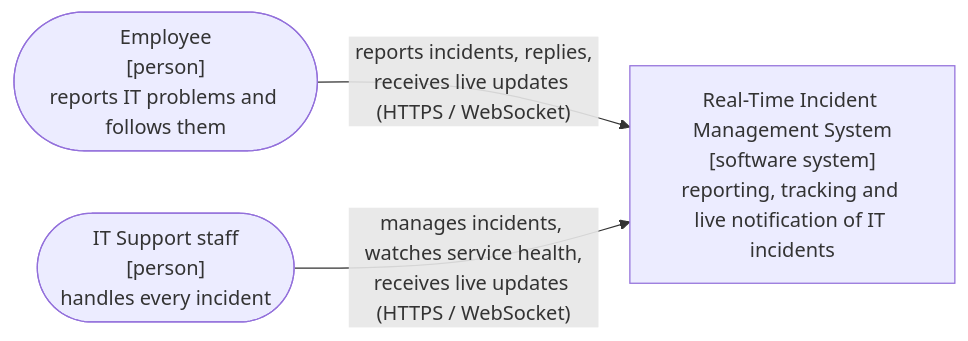
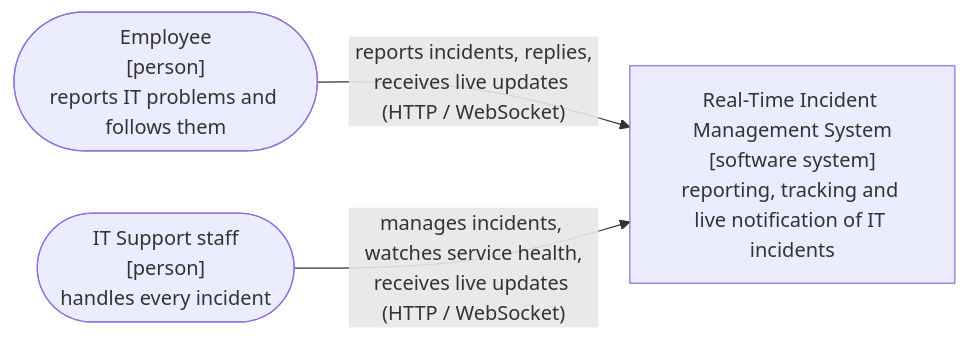
One commit to merictopal/incident-management-system changed the diagram in project/docs/diagrams/00-c4-context.mmd. Above: the diagram before and after it, drawn with Mermaid. The commit also changed 3 other files, not shown here.

Commit message:
Docs: name the view of the index diagram, use HTTP in the context view

```diff
--- a/project/docs/diagrams/00-c4-context.mmd
+++ b/project/docs/diagrams/00-c4-context.mmd
@@ -1,7 +1,7 @@
 flowchart LR
     employee(["Employee<br/>[person]<br/>reports IT problems and follows them"])
     it(["IT Support staff<br/>[person]<br/>handles every incident"])
     system["Real-Time Incident Management System<br/>[software system]<br/>reporting, tracking and live notification of IT incidents"]
 
-    employee -- "reports incidents, replies,<br/>receives live updates (HTTPS / WebSocket)" --> system
-    it -- "manages incidents, watches service health,<br/>receives live updates (HTTPS / WebSocket)" --> system
+    employee -- "reports incidents, replies,<br/>receives live updates (HTTP / WebSocket)" --> system
+    it -- "manages incidents, watches service health,<br/>receives live updates (HTTP / WebSocket)" --> system
```
